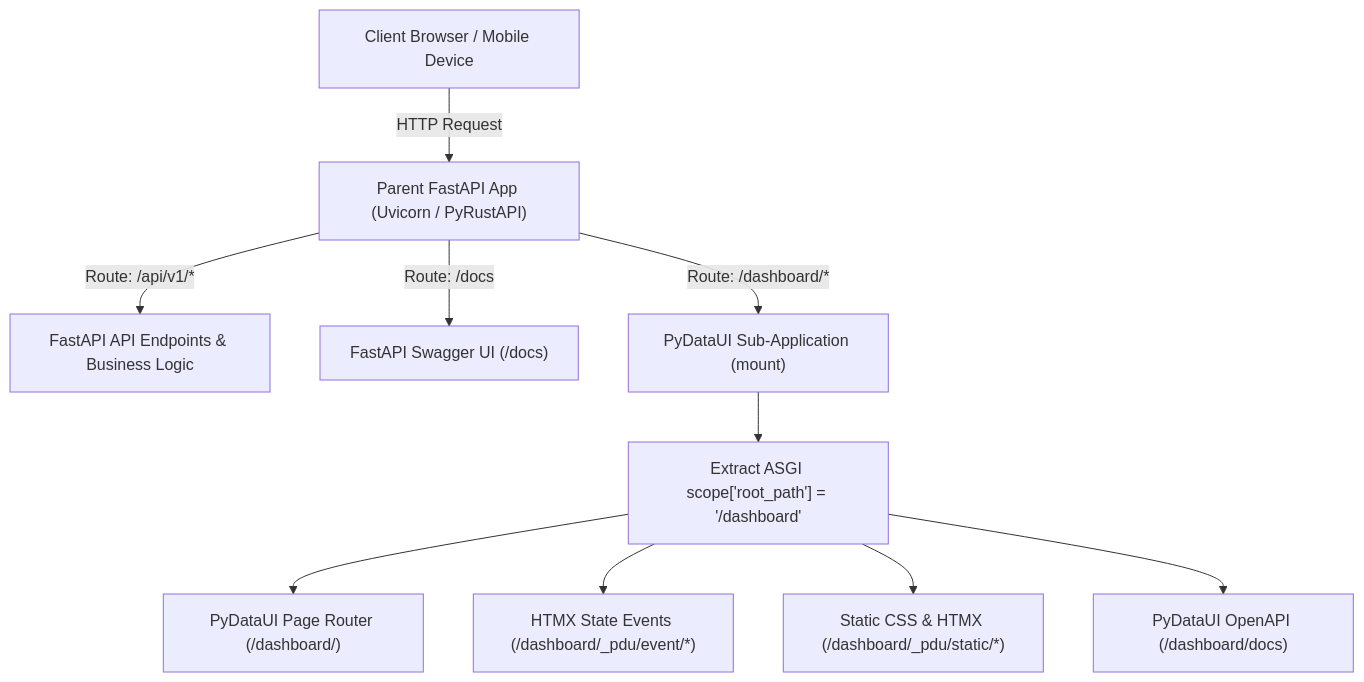
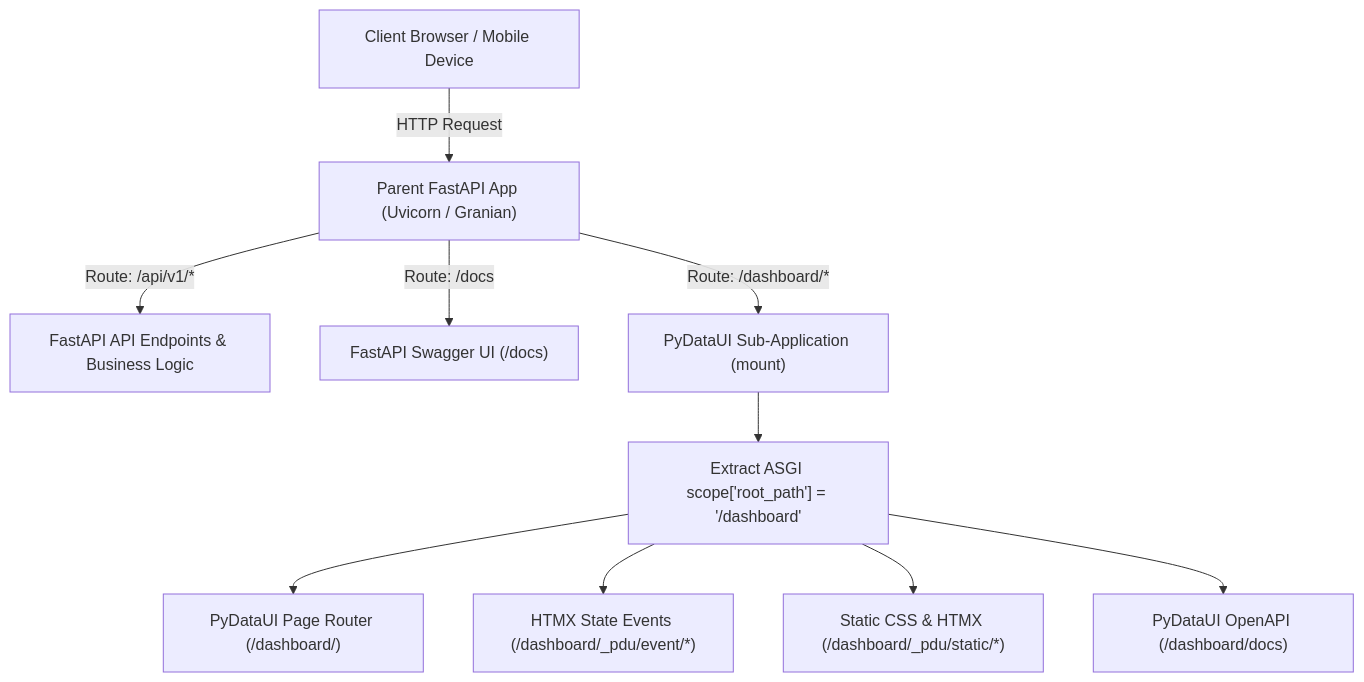
One commit to rajboopathiking/pydataui changed the first of 2 diagrams in docs/FASTAPI_MOUNTING_AND_CONFLICTS.md. Above: the diagram before and after it, drawn with Mermaid. The commit also changed other lines of this file and 18 other files, not shown here.

Commit message:
docs: reframe documentation to reflex and fastapi with uvicorn and granian runners

````diff
--- a/docs/FASTAPI_MOUNTING_AND_CONFLICTS.md
+++ b/docs/FASTAPI_MOUNTING_AND_CONFLICTS.md
@@ -22,14 +22,14 @@
 ```mermaid
 flowchart TD
-    Client["Client Browser / Mobile Device"] -->|"HTTP Request"| ParentFastAPI["Parent FastAPI App (Uvicorn / PyRustAPI)"]
+    Client["Client Browser / Mobile Device"] -->|"HTTP Request"| ParentFastAPI["Parent FastAPI App (Uvicorn / Granian)"]
     
     ParentFastAPI -->|"Route: /api/v1/*"| APIRoutes["FastAPI API Endpoints & Business Logic"]
     ParentFastAPI -->|"Route: /docs"| ParentDocs["FastAPI Swagger UI (/docs)"]
     ParentFastAPI -->|"Route: /dashboard/*"| MountedSubApp["PyDataUI Sub-Application (mount)"]
     
     MountedSubApp --> ScopePrefix["Extract ASGI scope['root_path'] = '/dashboard'"]
     ScopePrefix --> PageRouter["PyDataUI Page Router (/dashboard/)"]
     ScopePrefix --> StateEngine["HTMX State Events (/dashboard/_pdu/event/*)"]
     ScopePrefix --> StaticAssets["Static CSS & HTMX (/dashboard/_pdu/static/*)"]
     ScopePrefix --> SubDocs["PyDataUI OpenAPI (/dashboard/docs)"]
 ```
````
